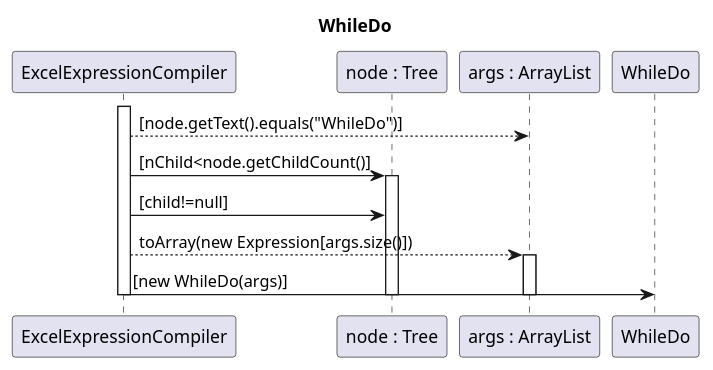
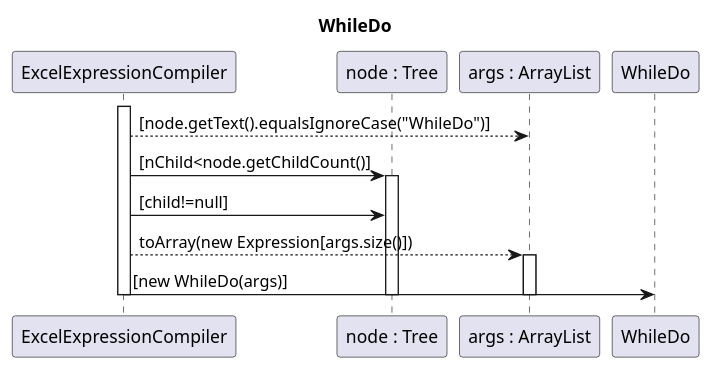
One commit to 1130348/Confusao changed the diagram in src/csheets/userstories/macros01_3/Eval_DoWhile_WhileDo/DesignWhileDo.puml. Above: the diagram before and after it, drawn with PlantUML. The commit also changed 2 other files, not shown here.

```diff
--- a/src/csheets/userstories/macros01_3/Eval_DoWhile_WhileDo/DesignWhileDo.puml
+++ b/src/csheets/userstories/macros01_3/Eval_DoWhile_WhileDo/DesignWhileDo.puml
@@ -1,26 +1,26 @@
 @startuml doc-files/macros0_03_DesignWhileDo.png
 title WhileDo
 
 participant ExcelExpressionCompiler as EEC
 participant "node : Tree" as NT
 participant "args : ArrayList" as AAL
 
 participant "WhileDo" as WD
 
 activate EEC
-EEC--> AAL: [node.getText().equals("WhileDo")]
+EEC--> AAL: [node.getText().equalsIgnoreCase("WhileDo")]
 
 EEC-> NT: [nChild<node.getChildCount()]
 activate NT
 
 EEC-> NT: [child!=null]
 
 EEC--> AAL: toArray(new Expression[args.size()])
 activate AAL
 
 EEC-> WD: [new WhileDo(args)]
 deactivate WD
 deactivate AAL
 deactivate NT
 deactivate EEC
 @enduml
```
